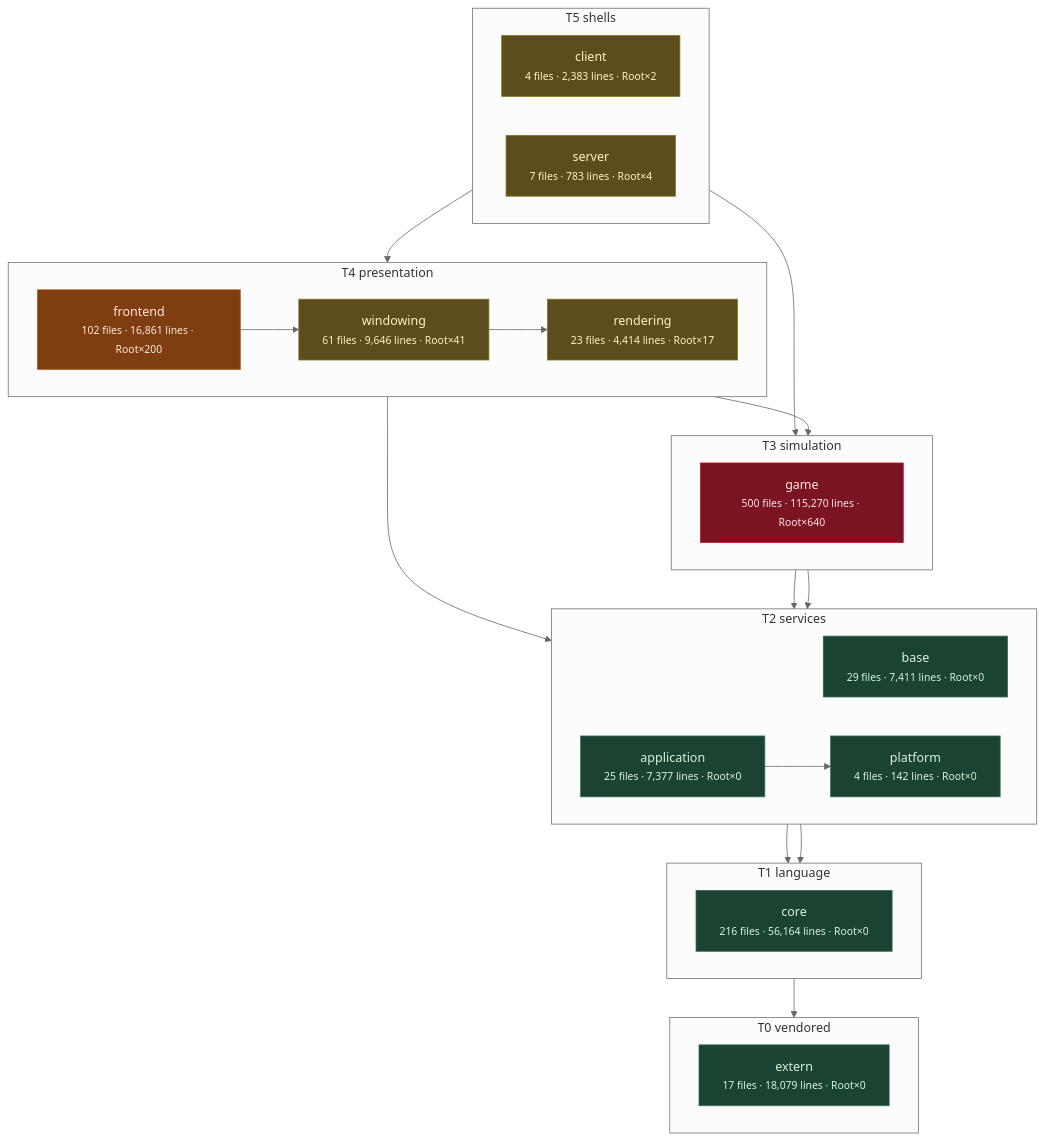
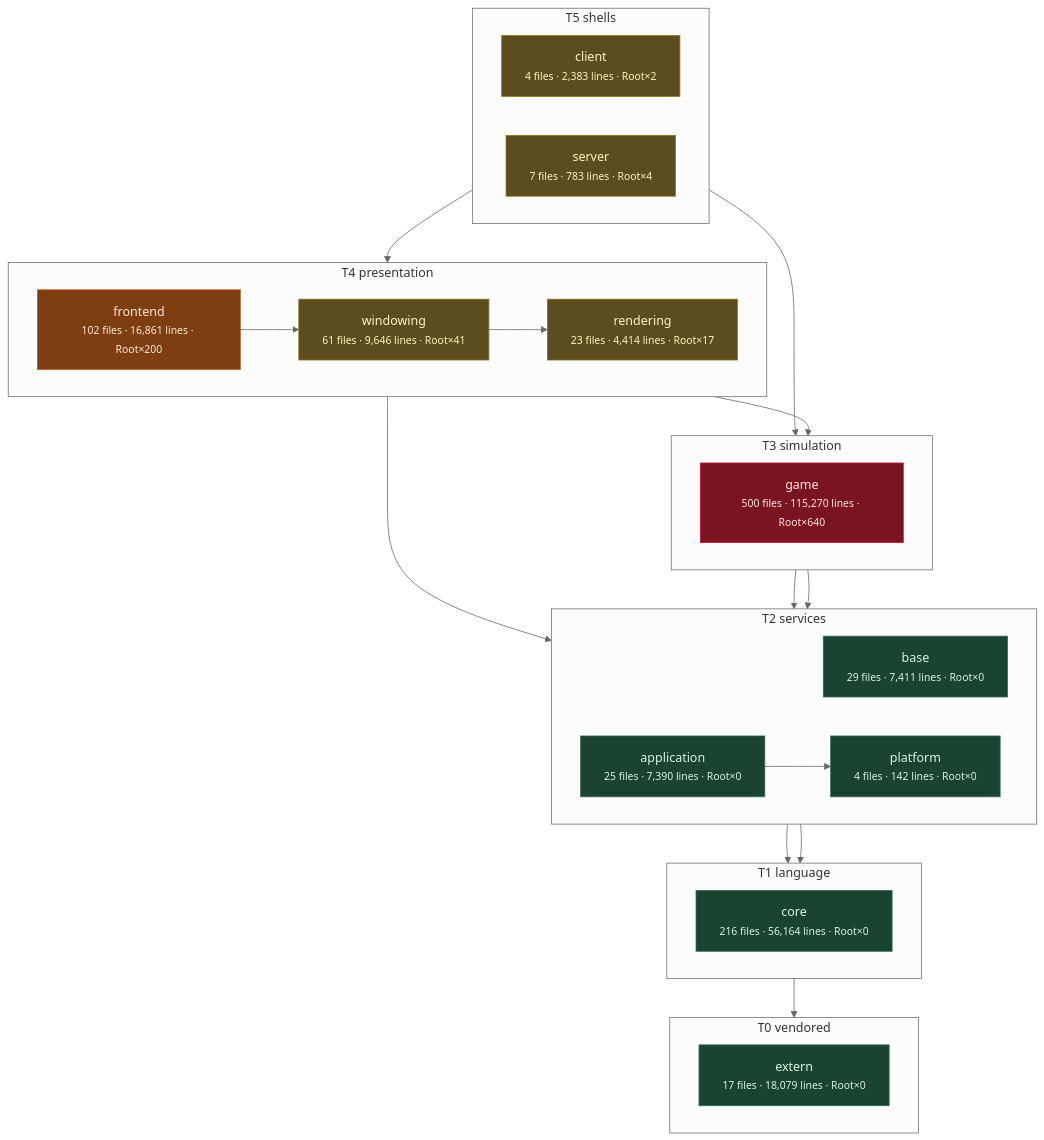
Before and after one commit to apnex/OpenStarbound: the third of 11 diagrams in docs/architecture/system-boundaries.md, drawn with Mermaid (neutral theme). The commit also changed other lines of this file and 2 other files, not shown here.

````diff
--- a/docs/architecture/system-boundaries.md
+++ b/docs/architecture/system-boundaries.md
@@ -270,52 +270,52 @@
 ```mermaid
 flowchart TD
   subgraph T0["T0 vendored"]
     direction LR
     extern["extern<br/><small>17 files · 18,079 lines · Root×0</small>"]
   end
   subgraph T1["T1 language"]
     direction LR
     core["core<br/><small>216 files · 56,164 lines · Root×0</small>"]
   end
   subgraph T2["T2 services"]
     direction LR
     base["base<br/><small>29 files · 7,411 lines · Root×0</small>"]
     platform["platform<br/><small>4 files · 142 lines · Root×0</small>"]
-    application["application<br/><small>25 files · 7,377 lines · Root×0</small>"]
+    application["application<br/><small>25 files · 7,390 lines · Root×0</small>"]
   end
   subgraph T3["T3 simulation"]
     direction LR
     game["game<br/><small>500 files · 115,270 lines · Root×640</small>"]
   end
   subgraph T4["T4 presentation"]
     direction LR
     rendering["rendering<br/><small>23 files · 4,414 lines · Root×17</small>"]
     windowing["windowing<br/><small>61 files · 9,646 lines · Root×41</small>"]
     frontend["frontend<br/><small>102 files · 16,861 lines · Root×200</small>"]
   end
   subgraph T5["T5 shells"]
     direction LR
     client["client<br/><small>4 files · 2,383 lines · Root×2</small>"]
     server["server<br/><small>7 files · 783 lines · Root×4</small>"]
   end
   core --> extern
   base --> core
   platform --> core
   application --> platform
   game --> base
   game --> platform
   rendering --> application
   rendering --> game
   windowing --> rendering
   frontend --> windowing
   client --> frontend
   server --> game
   classDef clean fill:#1b4332,stroke:#2d6a4f,color:#d8f3dc
   classDef warm  fill:#5c4d1e,stroke:#8a7420,color:#fff3bf
   classDef hot   fill:#7f3e12,stroke:#b5561b,color:#ffe8d6
   classDef blaze fill:#7a1420,stroke:#c1121f,color:#ffe5e5
   class extern,core,base,platform,application clean
   class rendering,windowing,client,server warm
   class frontend hot
   class game blaze
 ```
````
